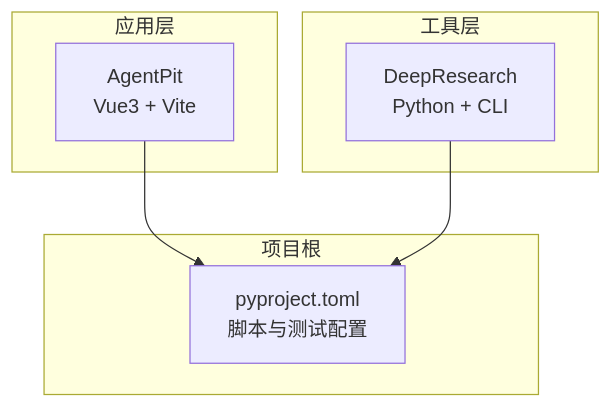
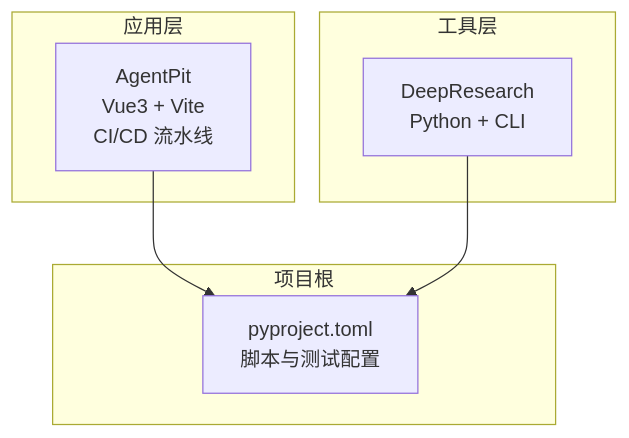
Before and after one commit to daoApps/daoApps: the first of 7 diagrams in .qoder/repowiki/zh/content/部署与运维/部署与运维.md, drawn with Mermaid. The commit also changed other lines of this file and 7 other files, not shown here.

First line of the commit message:
docs(AgentPit): 更新文档以反映当前项目结构和技术栈调整

````diff
--- a/.qoder/repowiki/zh/content/部署与运维/部署与运维.md
+++ b/.qoder/repowiki/zh/content/部署与运维/部署与运维.md
@@ -34,14 +48,14 @@
 ```mermaid
 graph TB
 subgraph "应用层"
-AP["AgentPit<br/>Vue3 + Vite"]
+AP["AgentPit<br/>Vue3 + Vite<br/>CI/CD 流水线"]
 end
 subgraph "工具层"
 DR["DeepResearch<br/>Python + CLI"]
 end
 subgraph "项目根"
 ROOT["pyproject.toml<br/>脚本与测试配置"]
 end
 AP --> ROOT
 DR --> ROOT
 ```
````
